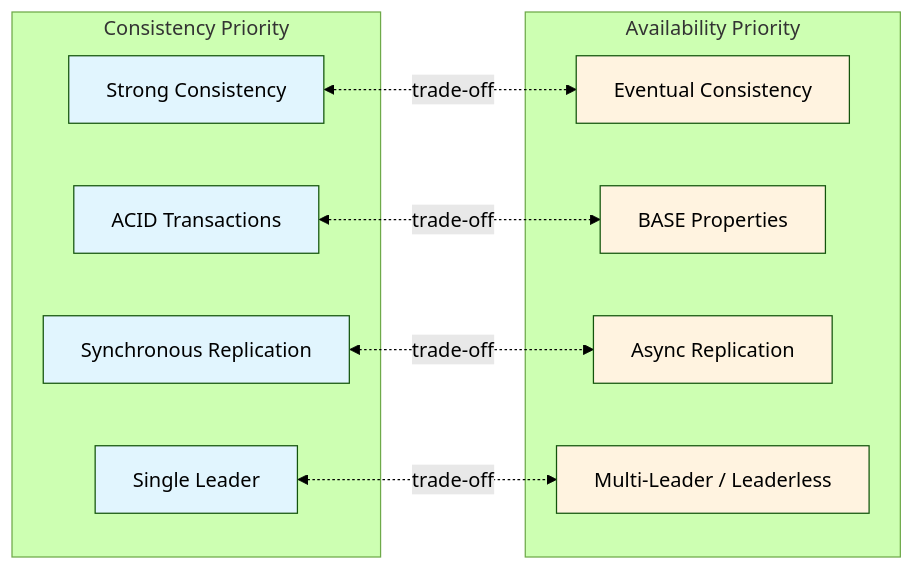
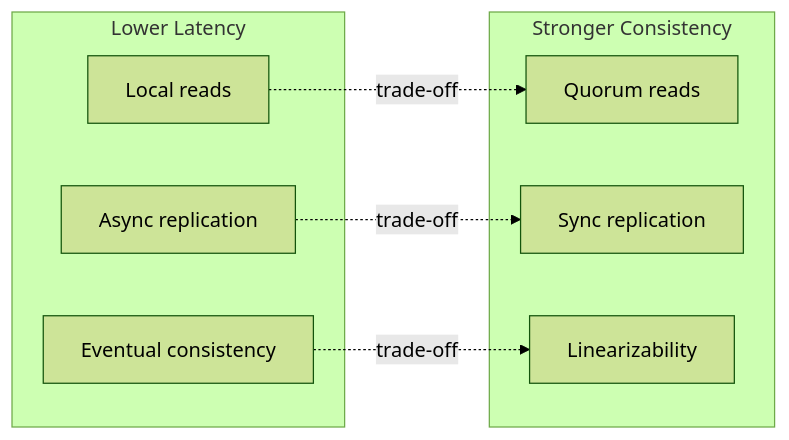
Before and after one commit to ae-lexs/system_design_interview_handbook: the third of 3 diagrams in README.md, drawn with Mermaid (forest theme). The commit also changed other lines of this file, not shown here.

````diff
--- a/README.md
+++ b/README.md
@@ -207,30 +200,18 @@
 ```mermaid
-flowchart LR
-    subgraph Strong["Consistency Priority"]
-        SC[Strong Consistency]
-        ACID[ACID Transactions]
-        SYNC[Synchronous Replication]
-        SL[Single Leader]
+graph LR
+    subgraph "Lower Latency"
+        A[Local reads]
+        B[Async replication]
+        C[Eventual consistency]
     end
     
-    subgraph Eventual["Availability Priority"]
-        EC[Eventual Consistency]
-        BASE[BASE Properties]
-        ASYNC[Async Replication]
-        ML[Multi-Leader / Leaderless]
+    subgraph "Stronger Consistency"
+        D[Quorum reads]
+        E[Sync replication]
+        F[Linearizability]
     end
     
-    SC <-.->|"trade-off"| EC
-    ACID <-.->|"trade-off"| BASE
-    SYNC <-.->|"trade-off"| ASYNC
-    SL <-.->|"trade-off"| ML
-    
-    style SC fill:#e1f5fe
-    style ACID fill:#e1f5fe
-    style SYNC fill:#e1f5fe
-    style SL fill:#e1f5fe
-    style EC fill:#fff3e0
-    style BASE fill:#fff3e0
-    style ASYNC fill:#fff3e0
-    style ML fill:#fff3e0
+    A -.->|trade-off| D
+    B -.->|trade-off| E
+    C -.->|trade-off| F
 ```
````
